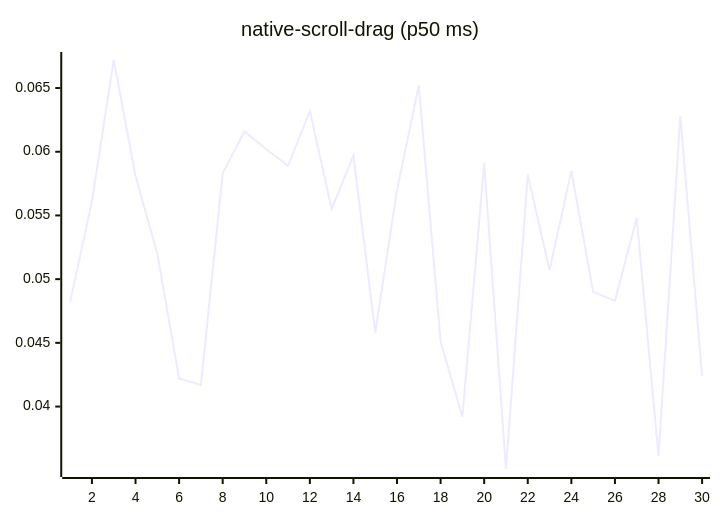
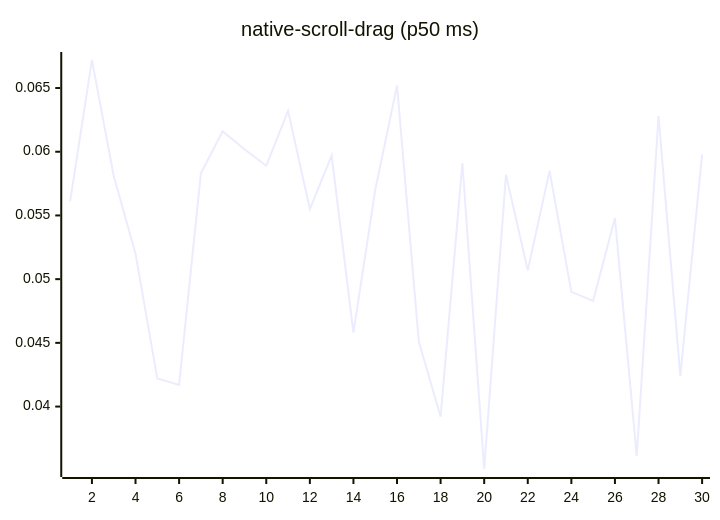
Diagram 14 of 27 in README.md (josha/Facet), drawn with Mermaid before and after one commit. The commit also changed other lines of this file and 2 other files, not shown here.

````diff
--- a/README.md
+++ b/README.md
@@ -154,6 +154,6 @@
 ```mermaid
 xychart-beta
     title "native-scroll-drag (p50 ms)"
     x-axis 1 --> 30
-    line [0.0482, 0.0561, 0.0672, 0.0581, 0.0520, 0.0422, 0.0417, 0.0583, 0.0616, 0.0602, 0.0589, 0.0632, 0.0555, 0.0597, 0.0458, 0.0570, 0.0652, 0.0451, 0.0392, 0.0591, 0.0351, 0.0582, 0.0507, 0.0585, 0.0490, 0.0483, 0.0548, 0.0361, 0.0628, 0.0424]
+    line [0.0561, 0.0672, 0.0581, 0.0520, 0.0422, 0.0417, 0.0583, 0.0616, 0.0602, 0.0589, 0.0632, 0.0555, 0.0597, 0.0458, 0.0570, 0.0652, 0.0451, 0.0392, 0.0591, 0.0351, 0.0582, 0.0507, 0.0585, 0.0490, 0.0483, 0.0548, 0.0361, 0.0628, 0.0424, 0.0598]
 ```
````
